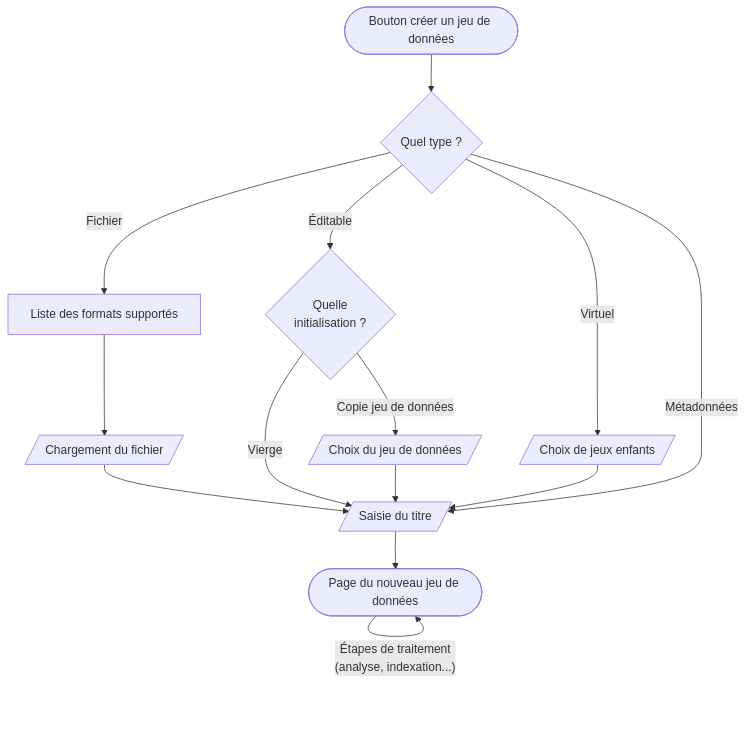
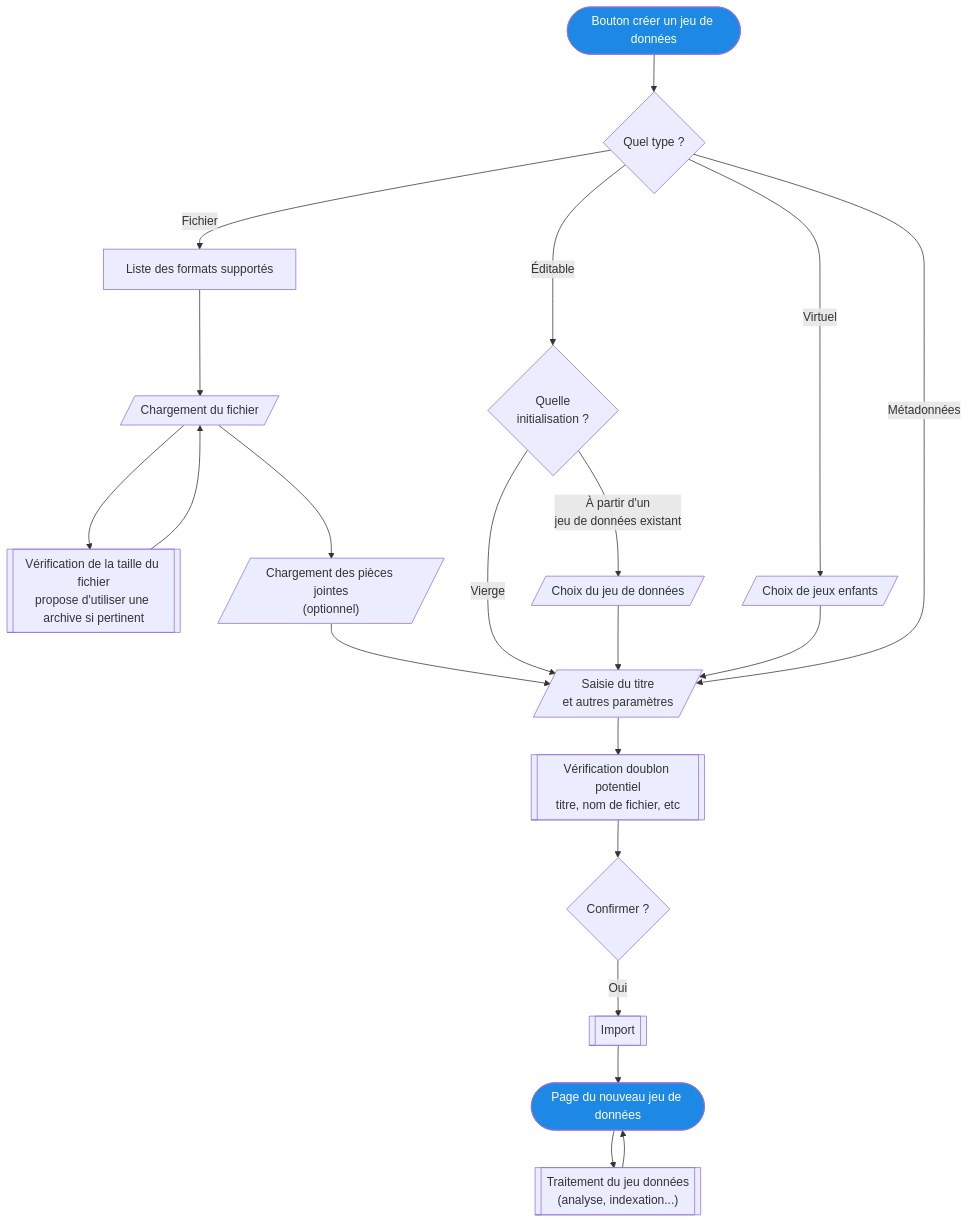
Before and after one commit to data-fair/data-fair: the first of 2 diagrams in doc/pages/functional-presentation/contrib-workflows-fr.md, drawn with Mermaid. The commit also changed 6 other files, not shown here.

````diff
--- a/doc/pages/functional-presentation/contrib-workflows-fr.md
+++ b/doc/pages/functional-presentation/contrib-workflows-fr.md
@@ -13,16 +13,37 @@
 ```mermaid
 flowchart TD
   start([Bouton créer un jeu de données]) --> type{Quel type ?}
+  
+  %% fichier
   type -- Fichier --> format[Liste des formats supportés]
   format --> file[/Chargement du fichier/]
-  file --> title
+  file --> fileSize[["Vérification de la taille du fichier<br>propose d'utiliser une archive si pertinent"]]
+  fileSize --> file
+  file --> attachment[/"Chargement des pièces jointes<br>(optionnel)"/]
+  attachment --> params[/Saisie du titre<br>et autres paramètres/]
+
+  %% éditable
   type -- Éditable --> restInit{Quelle<br>initialisation ?}
-  restInit -- Vierge --> title[/Saisie du titre/]
-  restInit -- Copie jeu de données --> restDataset[/Choix du jeu de données/]
-  restDataset --> title
-  title --> dataset([Page du nouveau jeu de données])
+  restInit -- Vierge --> params
+  restInit -- "À partir d'un<br>jeu de données existant" --> restDataset[/Choix du jeu de données/]
+  restDataset --> params
+
+  %% virtuel
   type -- Virtuel --> virtualChildren[/Choix de jeux enfants/]
-  virtualChildren --> title
-  type -- Métadonnées --> title
-  dataset -- "Étapes de traitement<br>(analyse, indexation...)" --> dataset
+  virtualChildren --> params
+
+  %% métadonnées
+  type -- Métadonnées --> params
+  params --> conflict[[Vérification doublon potentiel<br>titre, nom de fichier, etc]]
+
+  %% end
+  conflict --> confirm{Confirmer ?}
+  confirm -- Oui --> import[[Import]]
+  import --> dataset([Page du nouveau jeu de données])
+  dataset --> worker[["Traitement du jeu données<br>(analyse, indexation...)"]]
+  worker --> dataset
+
+  %% styling
+  classDef terminus fill:#1E88E5,color:#FFF;
+  class start,dataset terminus;
 ```
````
